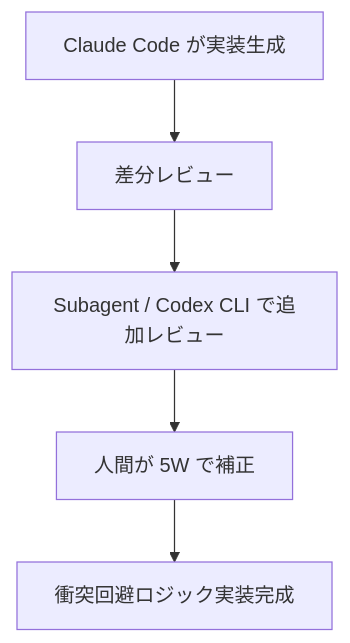
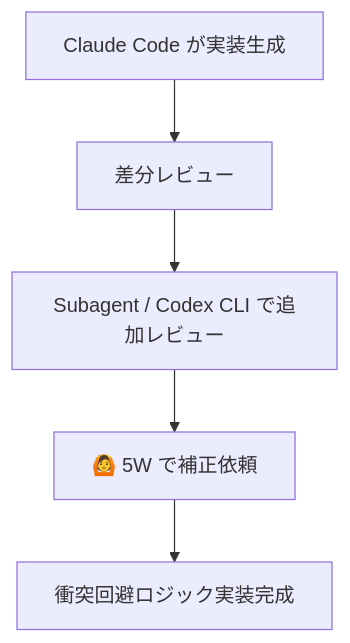
One commit to himorishige/zenn-contents changed the second of 3 diagrams in articles/hatago-with-ai-dlc.md. Above: the diagram before and after it, drawn with Mermaid. The commit also changed other lines of this file and 1 other file, not shown here.

````diff
--- a/articles/hatago-with-ai-dlc.md
+++ b/articles/hatago-with-ai-dlc.md
@@ -73,7 +75,7 @@
 ```mermaid
 flowchart TD
   A[Claude Code が実装生成] --> B[差分レビュー]
   B --> C[Subagent / Codex CLI で追加レビュー]
-  C --> D[人間が 5W で補正]
+  C --> D[🙆 5W で補正依頼]
   D --> E[衝突回避ロジック実装完成]
 ```
````
